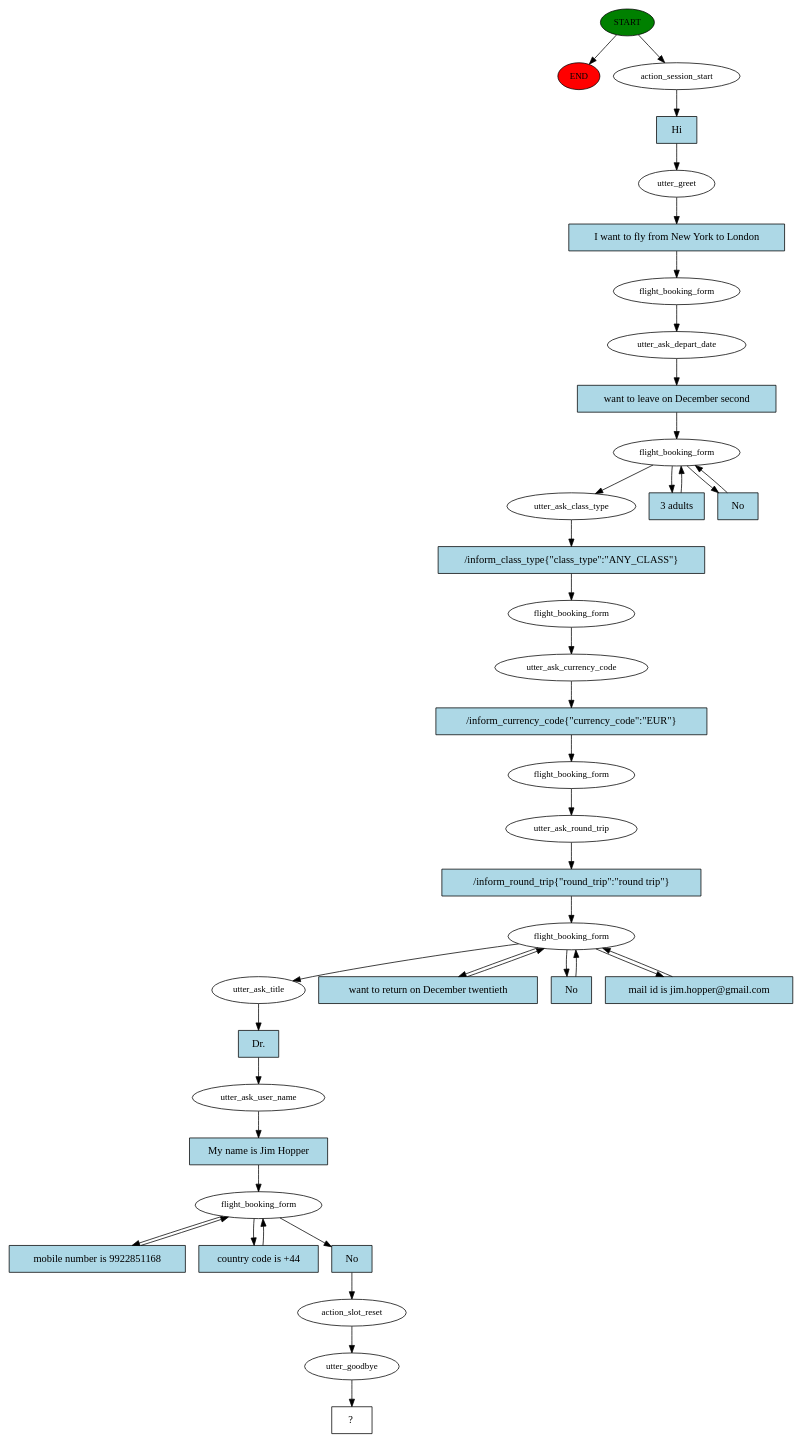
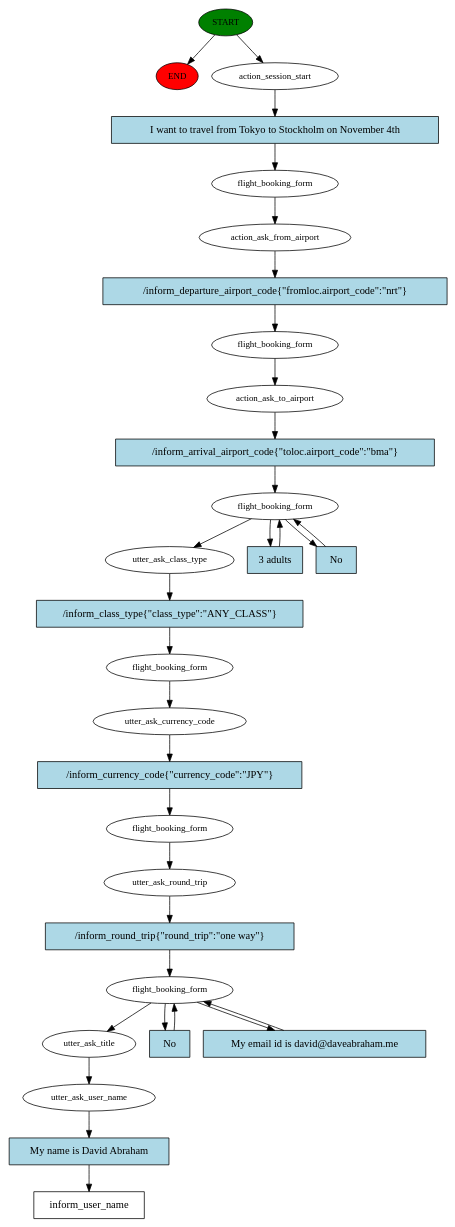
One commit to DaVeY79/intelligent-flight-agent changed the diagram in story_graph.dot. Above: the diagram before and after it, drawn with Graphviz. The commit also changed 9 other files, not shown here.

```diff
--- a/story_graph.dot
+++ b/story_graph.dot
@@ -1,78 +1,61 @@
 digraph  {
 0 [class="start active", fillcolor=green, fontsize=12, label=START, style=filled];
 "-1" [class=end, fillcolor=red, fontsize=12, label=END, style=filled];
 1 [class=active, fontsize=12, label=action_session_start];
-2 [class=active, fontsize=12, label=utter_greet];
-3 [class=active, fontsize=12, label=flight_booking_form];
-4 [class=active, fontsize=12, label=utter_ask_depart_date];
-5 [class=active, fontsize=12, label=flight_booking_form];
-9 [class=active, fontsize=12, label=utter_ask_class_type];
-10 [class=active, fontsize=12, label=flight_booking_form];
-11 [class=active, fontsize=12, label=utter_ask_currency_code];
-12 [class=active, fontsize=12, label=flight_booking_form];
-13 [class=active, fontsize=12, label=utter_ask_round_trip];
-14 [class=active, fontsize=12, label=flight_booking_form];
+2 [class=active, fontsize=12, label=flight_booking_form];
+3 [class=active, fontsize=12, label=action_ask_from_airport];
+4 [class=active, fontsize=12, label=flight_booking_form];
+5 [class=active, fontsize=12, label=action_ask_to_airport];
+6 [class=active, fontsize=12, label=flight_booking_form];
+10 [class=active, fontsize=12, label=utter_ask_class_type];
+11 [class=active, fontsize=12, label=flight_booking_form];
+12 [class=active, fontsize=12, label=utter_ask_currency_code];
+13 [class=active, fontsize=12, label=flight_booking_form];
+14 [class=active, fontsize=12, label=utter_ask_round_trip];
+15 [class=active, fontsize=12, label=flight_booking_form];
 18 [class=active, fontsize=12, label=utter_ask_title];
 19 [class=active, fontsize=12, label=utter_ask_user_name];
-20 [class=active, fontsize=12, label=flight_booking_form];
-23 [class=active, fontsize=12, label=action_slot_reset];
-24 [class=active, fontsize=12, label=utter_goodbye];
-25 [class="intent dashed active", label="  ?  ", shape=rect];
-26 [class="intent active", fillcolor=lightblue, label=Hi, shape=rect, style=filled];
-27 [class="intent active", fillcolor=lightblue, label="I want to fly from New York to London", shape=rect, style=filled];
-28 [class="intent active", fillcolor=lightblue, label="want to leave on December second", shape=rect, style=filled];
-29 [class="intent active", fillcolor=lightblue, label="3 adults", shape=rect, style=filled];
-30 [class="intent active", fillcolor=lightblue, label=No, shape=rect, style=filled];
-31 [class="intent active", fillcolor=lightblue, label="/inform_class_type{\"class_type\":\"ANY_CLASS\"}", shape=rect, style=filled];
-32 [class="intent active", fillcolor=lightblue, label="/inform_currency_code{\"currency_code\":\"EUR\"}", shape=rect, style=filled];
-33 [class="intent active", fillcolor=lightblue, label="/inform_round_trip{\"round_trip\":\"round trip\"}", shape=rect, style=filled];
-34 [class="intent active", fillcolor=lightblue, label="want to return on December twentieth", shape=rect, style=filled];
-35 [class="intent active", fillcolor=lightblue, label=No, shape=rect, style=filled];
-36 [class="intent active", fillcolor=lightblue, label="mail id is jim.hopper@gmail.com", shape=rect, style=filled];
-37 [class="intent active", fillcolor=lightblue, label="Dr.", shape=rect, style=filled];
-38 [class="intent active", fillcolor=lightblue, label="My name is Jim Hopper", shape=rect, style=filled];
-39 [class="intent active", fillcolor=lightblue, label="mobile number is 9922851168", shape=rect, style=filled];
-40 [class="intent active", fillcolor=lightblue, label="country code is +44", shape=rect, style=filled];
-41 [class="intent active", fillcolor=lightblue, label=No, shape=rect, style=filled];
+20 [class="intent dashed active", label=inform_user_name, shape=rect];
+21 [class="intent active", fillcolor=lightblue, label="I want to travel from Tokyo to Stockholm on November 4th", shape=rect, style=filled];
+22 [class="intent active", fillcolor=lightblue, label="/inform_departure_airport_code{\"fromloc.airport_code\":\"nrt\"}", shape=rect, style=filled];
+23 [class="intent active", fillcolor=lightblue, label="/inform_arrival_airport_code{\"toloc.airport_code\":\"bma\"}", shape=rect, style=filled];
+24 [class="intent active", fillcolor=lightblue, label="3 adults", shape=rect, style=filled];
+25 [class="intent active", fillcolor=lightblue, label=No, shape=rect, style=filled];
+26 [class="intent active", fillcolor=lightblue, label="/inform_class_type{\"class_type\":\"ANY_CLASS\"}", shape=rect, style=filled];
+27 [class="intent active", fillcolor=lightblue, label="/inform_currency_code{\"currency_code\":\"JPY\"}", shape=rect, style=filled];
+28 [class="intent active", fillcolor=lightblue, label="/inform_round_trip{\"round_trip\":\"one way\"}", shape=rect, style=filled];
+29 [class="intent active", fillcolor=lightblue, label=No, shape=rect, style=filled];
+30 [class="intent active", fillcolor=lightblue, label="My email id is david@daveabraham.me", shape=rect, style=filled];
+31 [class="intent active", fillcolor=lightblue, label="My name is David Abraham", shape=rect, style=filled];
 0 -> "-1"  [class="", key=NONE, label=""];
 0 -> 1  [class=active, key=NONE, label=""];
-1 -> 26  [class=active, key=0];
-2 -> 27  [class=active, key=0];
-3 -> 4  [class=active, key=NONE, label=""];
-4 -> 28  [class=active, key=0];
-5 -> 9  [class=active, key=NONE, label=""];
-5 -> 29  [class=active, key=0];
-5 -> 30  [class=active, key=0];
-9 -> 31  [class=active, key=0];
-10 -> 11  [class=active, key=NONE, label=""];
-11 -> 32  [class=active, key=0];
-12 -> 13  [class=active, key=NONE, label=""];
-13 -> 33  [class=active, key=0];
-14 -> 18  [class=active, key=NONE, label=""];
-14 -> 34  [class=active, key=0];
-14 -> 35  [class=active, key=0];
-14 -> 36  [class=active, key=0];
-18 -> 37  [class=active, key=0];
-19 -> 38  [class=active, key=0];
-20 -> 39  [class=active, key=0];
-20 -> 40  [class=active, key=0];
-20 -> 41  [class=active, key=0];
-23 -> 24  [class=active, key=NONE, label=""];
-24 -> 25  [class=active, key=NONE, label=""];
-26 -> 2  [class=active, key=0];
-27 -> 3  [class=active, key=0];
-28 -> 5  [class=active, key=0];
-29 -> 5  [class=active, key=0];
-30 -> 5  [class=active, key=0];
-31 -> 10  [class=active, key=0];
-32 -> 12  [class=active, key=0];
-33 -> 14  [class=active, key=0];
-34 -> 14  [class=active, key=0];
-35 -> 14  [class=active, key=0];
-36 -> 14  [class=active, key=0];
-37 -> 19  [class=active, key=0];
-38 -> 20  [class=active, key=0];
-39 -> 20  [class=active, key=0];
-40 -> 20  [class=active, key=0];
-41 -> 23  [class=active, key=0];
+1 -> 21  [class=active, key=0];
+2 -> 3  [class=active, key=NONE, label=""];
+3 -> 22  [class=active, key=0];
+4 -> 5  [class=active, key=NONE, label=""];
+5 -> 23  [class=active, key=0];
+6 -> 10  [class=active, key=NONE, label=""];
+6 -> 24  [class=active, key=0];
+6 -> 25  [class=active, key=0];
+10 -> 26  [class=active, key=0];
+11 -> 12  [class=active, key=NONE, label=""];
+12 -> 27  [class=active, key=0];
+13 -> 14  [class=active, key=NONE, label=""];
+14 -> 28  [class=active, key=0];
+15 -> 18  [class=active, key=NONE, label=""];
+15 -> 29  [class=active, key=0];
+15 -> 30  [class=active, key=0];
+18 -> 19  [class=active, key=NONE, label=""];
+19 -> 31  [class=active, key=0];
+21 -> 2  [class=active, key=0];
+22 -> 4  [class=active, key=0];
+23 -> 6  [class=active, key=0];
+24 -> 6  [class=active, key=0];
+25 -> 6  [class=active, key=0];
+26 -> 11  [class=active, key=0];
+27 -> 13  [class=active, key=0];
+28 -> 15  [class=active, key=0];
+29 -> 15  [class=active, key=0];
+30 -> 15  [class=active, key=0];
+31 -> 20  [class=active, key=0];
 }
```
